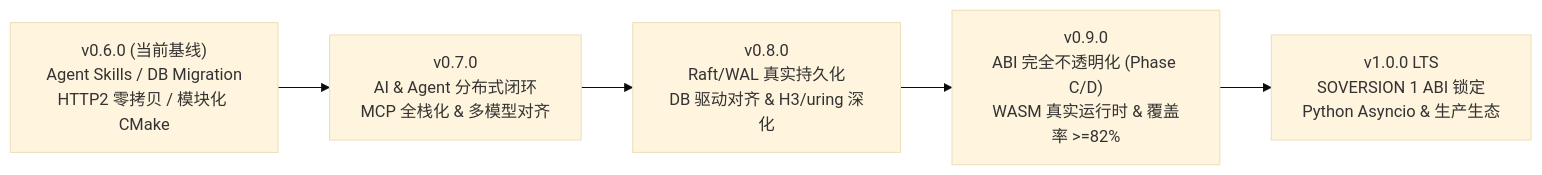
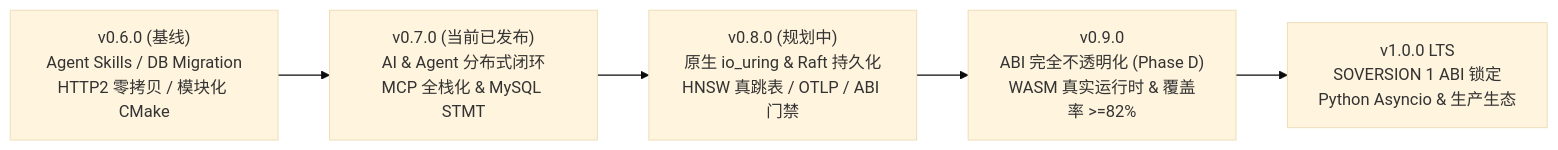
Before and after one commit to quintin-lee/csilk: the diagram in docs/zh-CN/meta/ROADMAP.md, drawn with Mermaid (base theme). The commit also changed other lines of this file and 1 other file, not shown here.

Commit message:
docs(roadmap): 📝 sync v0.7.0 baseline and add v0.8.0 roadmap

````diff
--- a/docs/zh-CN/meta/ROADMAP.md
+++ b/docs/zh-CN/meta/ROADMAP.md
@@ -27,7 +28,7 @@
 ```mermaid
 flowchart LR
-    V06["v0.6.0 (当前基线)<br/>Agent Skills / DB Migration<br/>HTTP2 零拷贝 / 模块化 CMake"] --> V07["v0.7.0<br/>AI & Agent 分布式闭环<br/>MCP 全栈化 & 多模型对齐"]
-    V07 --> V08["v0.8.0<br/>Raft/WAL 真实持久化<br/>DB 驱动对齐 & H3/uring 深化"]
-    V08 --> V09["v0.9.0<br/>ABI 完全不透明化 (Phase C/D)<br/>WASM 真实运行时 & 覆盖率 >=82%"]
+    V06["v0.6.0 (基线)<br/>Agent Skills / DB Migration<br/>HTTP2 零拷贝 / 模块化 CMake"] --> V07["v0.7.0 (当前已发布)<br/>AI & Agent 分布式闭环<br/>MCP 全栈化 & MySQL STMT"]
+    V07 --> V08["v0.8.0 (规划中)<br/>原生 io_uring & Raft 持久化<br/>HNSW 真跳表 / OTLP / ABI 门禁"]
+    V08 --> V09["v0.9.0<br/>ABI 完全不透明化 (Phase D)<br/>WASM 真实运行时 & 覆盖率 >=82%"]
     V09 --> V10["v1.0.0 LTS<br/>SOVERSION 1 ABI 锁定<br/>Python Asyncio & 生产生态"]
 ```
````
